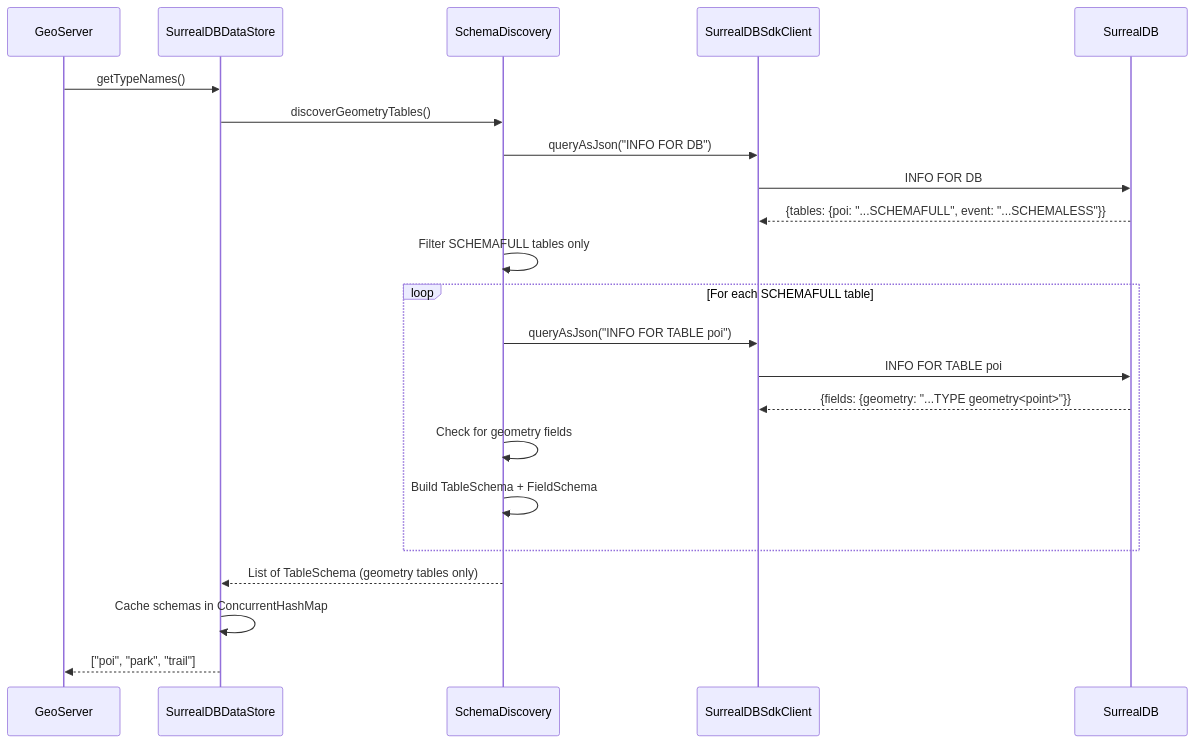
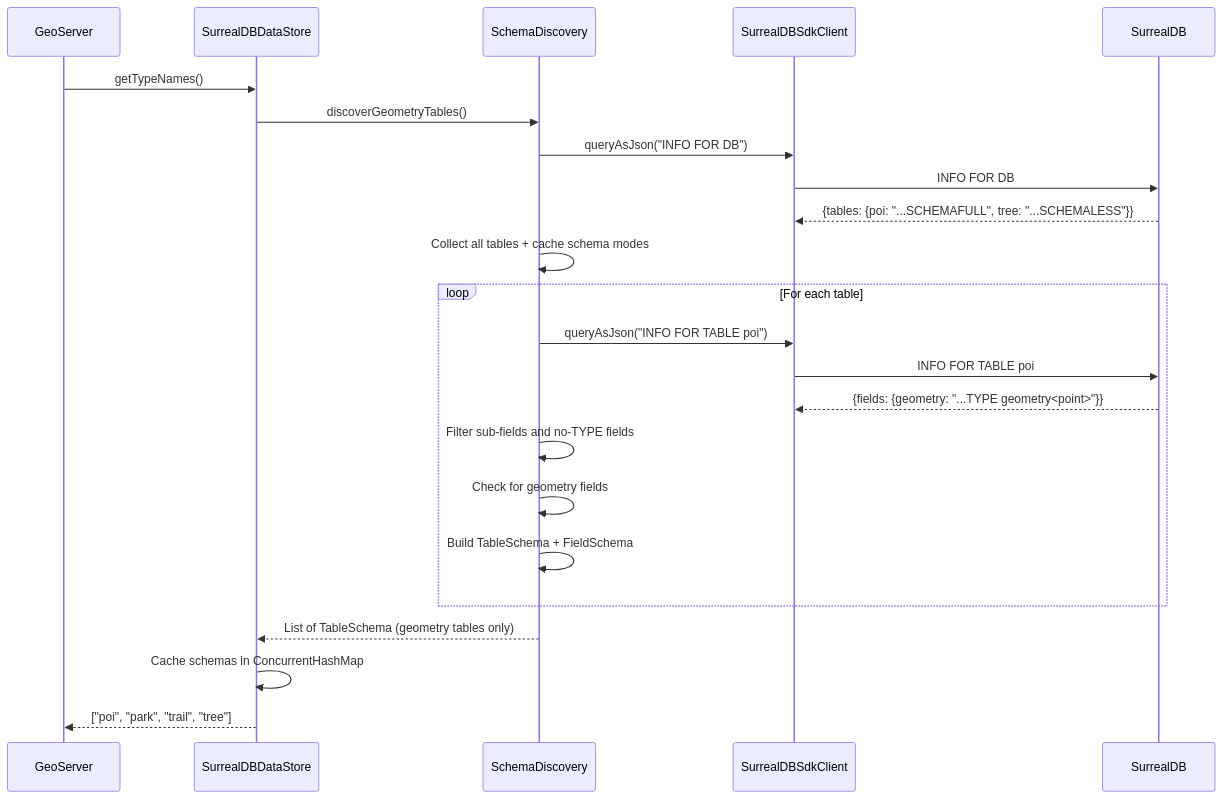
The sixth of 7 diagrams in README.md (nitin84india/surrealdb-geoserver-connector), drawn with Mermaid before and after one commit. The commit also changed other lines of this file, not shown here.

Commit message:
docs: update README for SCHEMALESS support, pure HTTP client, and SurrealDB v3 compatibility

````diff
--- a/README.md
+++ b/README.md
@@ -435,27 +446,28 @@
 ```mermaid
 sequenceDiagram
     participant GS as GeoServer
     participant DS as SurrealDBDataStore
     participant SD as SchemaDiscovery
     participant Client as SurrealDBSdkClient
     participant DB as SurrealDB
 
     GS->>DS: getTypeNames()
     DS->>SD: discoverGeometryTables()
     SD->>Client: queryAsJson("INFO FOR DB")
     Client->>DB: INFO FOR DB
-    DB-->>Client: {tables: {poi: "...SCHEMAFULL", event: "...SCHEMALESS"}}
-    SD->>SD: Filter SCHEMAFULL tables only
+    DB-->>Client: {tables: {poi: "...SCHEMAFULL", tree: "...SCHEMALESS"}}
+    SD->>SD: Collect all tables + cache schema modes
 
-    loop For each SCHEMAFULL table
+    loop For each table
         SD->>Client: queryAsJson("INFO FOR TABLE poi")
         Client->>DB: INFO FOR TABLE poi
         DB-->>Client: {fields: {geometry: "...TYPE geometry<point>"}}
+        SD->>SD: Filter sub-fields and no-TYPE fields
         SD->>SD: Check for geometry fields
         SD->>SD: Build TableSchema + FieldSchema
     end
 
     SD-->>DS: List of TableSchema (geometry tables only)
     DS->>DS: Cache schemas in ConcurrentHashMap
-    DS-->>GS: ["poi", "park", "trail"]
+    DS-->>GS: ["poi", "park", "trail", "tree"]
 ```
````
